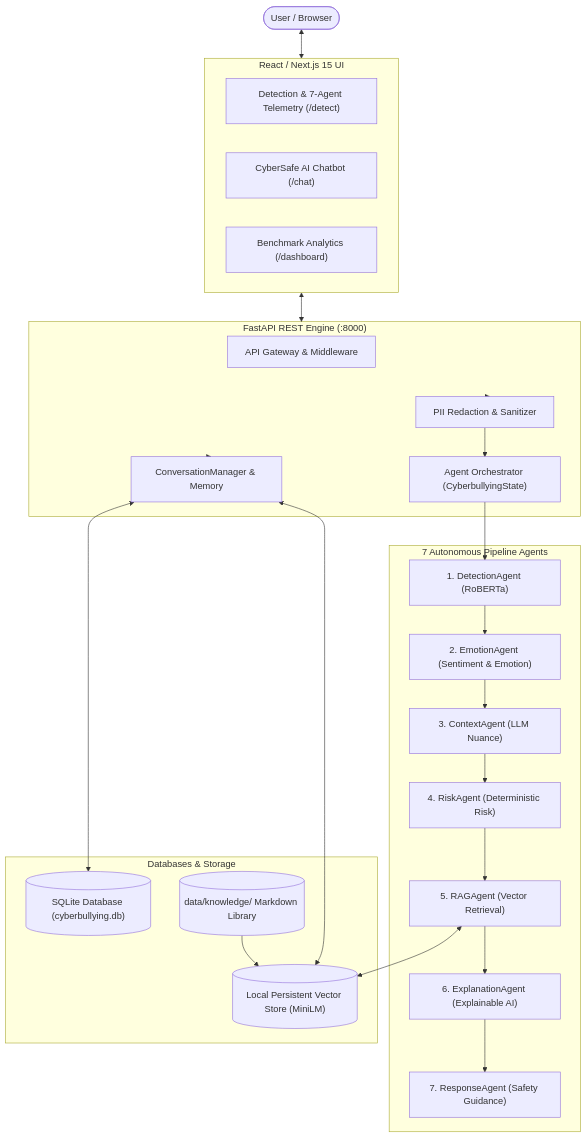
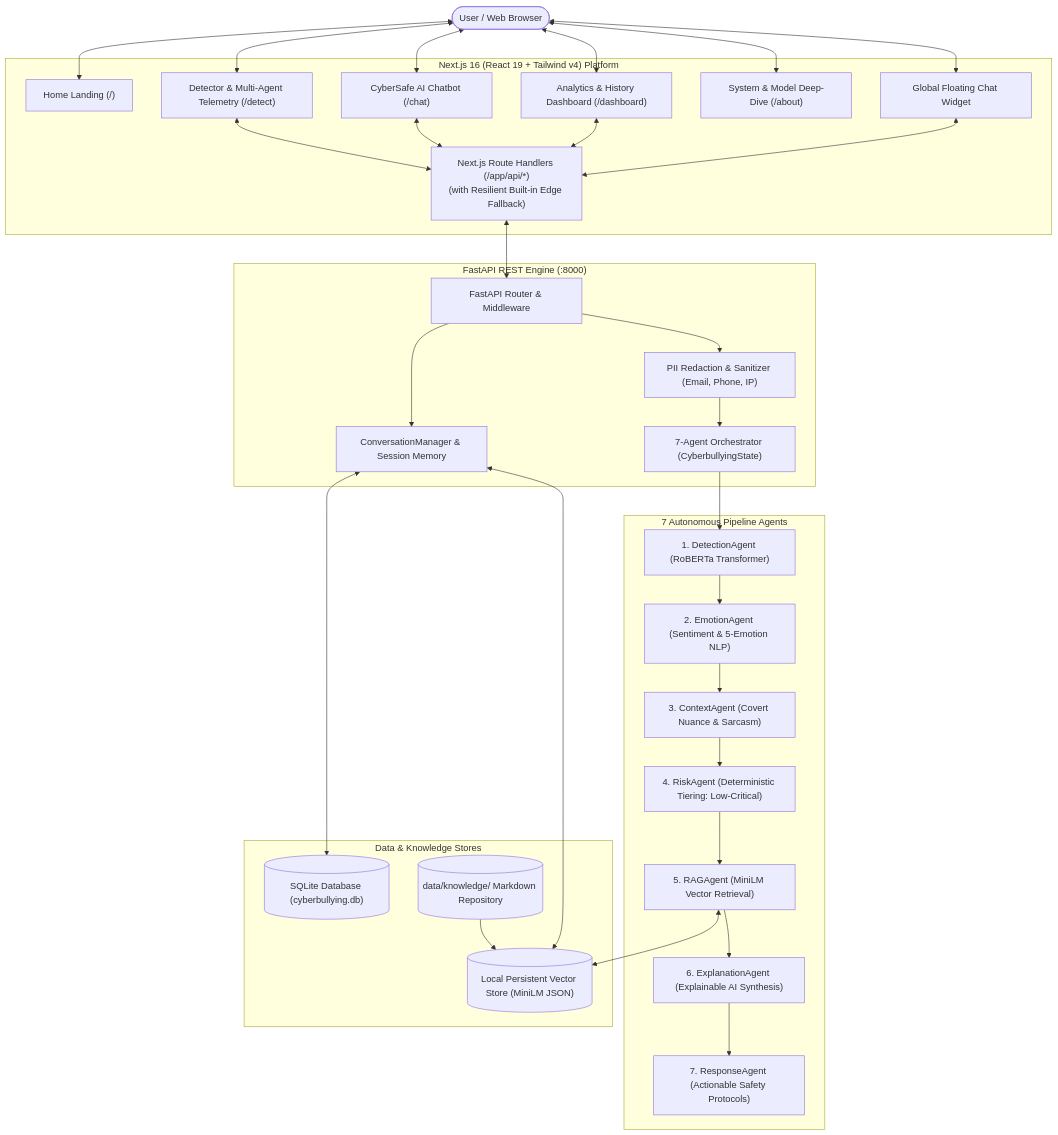
The diagram in README.md (Harini410/Cyberbullying-detection), drawn with Mermaid before and after one commit. The commit also changed other lines of this file, not shown here.

````diff
--- a/README.md
+++ b/README.md
@@ -27,44 +77,50 @@
 ```mermaid
 flowchart TD
-    User([User / Browser])
+    User([User / Web Browser])
     
-    subgraph Frontend["React / Next.js 15 UI"]
-        DetectorUI["Detection & 7-Agent Telemetry (/detect)"]
+    subgraph Frontend["Next.js 16 (React 19 + Tailwind v4) Platform"]
+        HomePage["Home Landing (/)"]
+        DetectorUI["Detector & Multi-Agent Telemetry (/detect)"]
         ChatUI["CyberSafe AI Chatbot (/chat)"]
-        DashboardUI["Benchmark Analytics (/dashboard)"]
+        DashboardUI["Analytics & History Dashboard (/dashboard)"]
+        AboutUI["System & Model Deep-Dive (/about)"]
+        FloatingBot["Global Floating Chat Widget"]
+        EdgeProxy["Next.js Route Handlers (/app/api/*)\n(with Resilient Built-in Edge Fallback)"]
     end
     
     subgraph Backend["FastAPI REST Engine (:8000)"]
-        APIRouter["API Gateway & Middleware"]
-        PrivacyEngine["PII Redaction & Sanitizer"]
-        Orchestrator["Agent Orchestrator (CyberbullyingState)"]
-        ChatEngine["ConversationManager & Memory"]
+        APIGateway["FastAPI Router & Middleware"]
+        PrivacyShield["PII Redaction & Sanitizer (Email, Phone, IP)"]
+        Orchestrator["7-Agent Orchestrator (CyberbullyingState)"]
+        ChatEngine["ConversationManager & Session Memory"]
     end
 
     subgraph Agents["7 Autonomous Pipeline Agents"]
-        A1["1. DetectionAgent (RoBERTa)"]
-        A2["2. EmotionAgent (Sentiment & Emotion)"]
-        A3["3. ContextAgent (LLM Nuance)"]
-        A4["4. RiskAgent (Deterministic Risk)"]
-        A5["5. RAGAgent (Vector Retrieval)"]
-        A6["6. ExplanationAgent (Explainable AI)"]
-        A7["7. ResponseAgent (Safety Guidance)"]
+        A1["1. DetectionAgent (RoBERTa Transformer)"]
+        A2["2. EmotionAgent (Sentiment & 5-Emotion NLP)"]
+        A3["3. ContextAgent (Covert Nuance & Sarcasm)"]
+        A4["4. RiskAgent (Deterministic Tiering: Low-Critical)"]
+        A5["5. RAGAgent (MiniLM Vector Retrieval)"]
+        A6["6. ExplanationAgent (Explainable AI Synthesis)"]
+        A7["7. ResponseAgent (Actionable Safety Protocols)"]
     end
     
-    subgraph Storage["Databases & Storage"]
-        VectorDB[("Local Persistent Vector Store (MiniLM)")]
+    subgraph Storage["Data & Knowledge Stores"]
+        VectorDB[("Local Persistent Vector Store (MiniLM JSON)")]
         SQLDB[("SQLite Database (cyberbullying.db)")]
-        Knowledge[("data/knowledge/ Markdown Library")]
+        Knowledge[("data/knowledge/ Markdown Repository")]
     end
 
-    User <--> Frontend
-    Frontend <--> Backend
-    Backend --> PrivacyEngine --> Orchestrator
-    Backend --> ChatEngine
+    User <--> HomePage & DetectorUI & ChatUI & DashboardUI & AboutUI & FloatingBot
+    DetectorUI & ChatUI & DashboardUI & FloatingBot <--> EdgeProxy
+    EdgeProxy <--> APIGateway
+    
+    APIGateway --> PrivacyShield --> Orchestrator
+    APIGateway --> ChatEngine
     
     Orchestrator --> A1 --> A2 --> A3 --> A4 --> A5 --> A6 --> A7
     A5 <--> VectorDB
     Knowledge --> VectorDB
     ChatEngine <--> SQLDB
     ChatEngine <--> VectorDB
 ```
````
